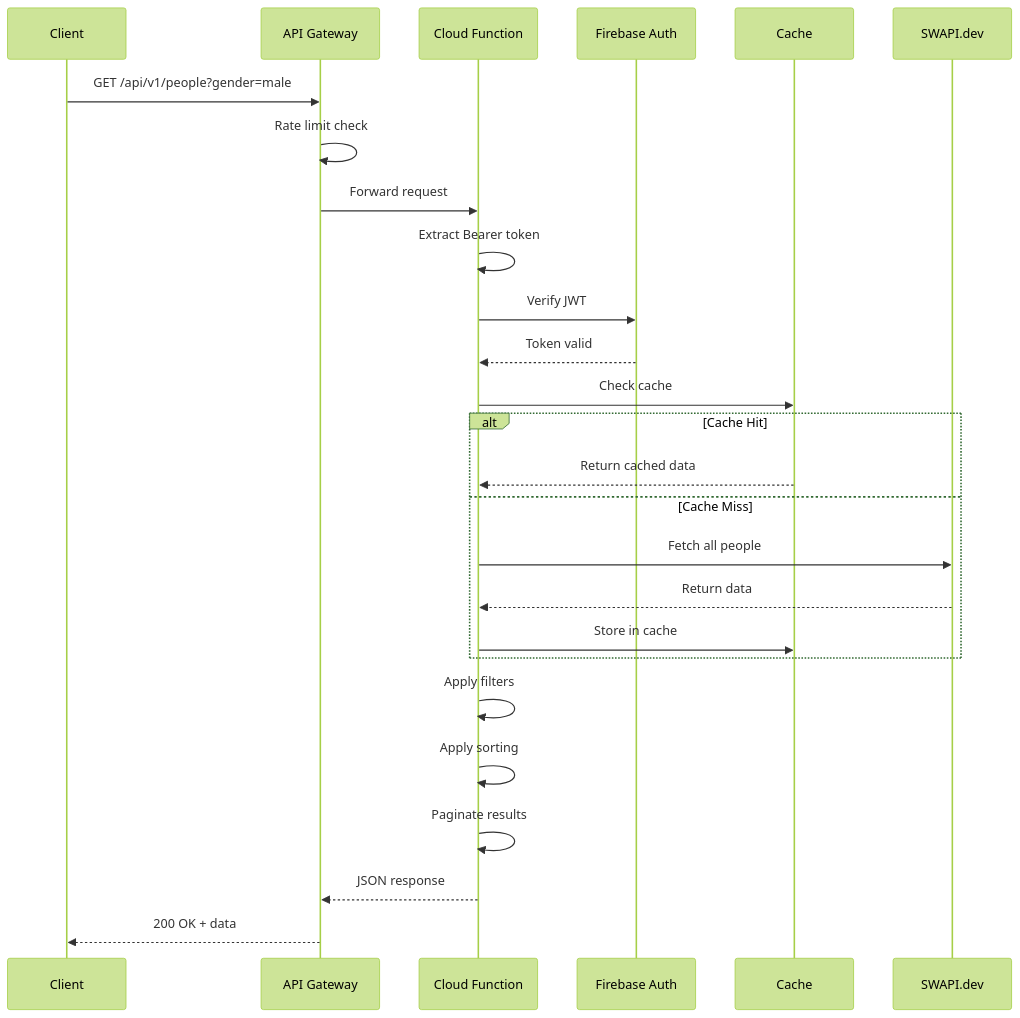
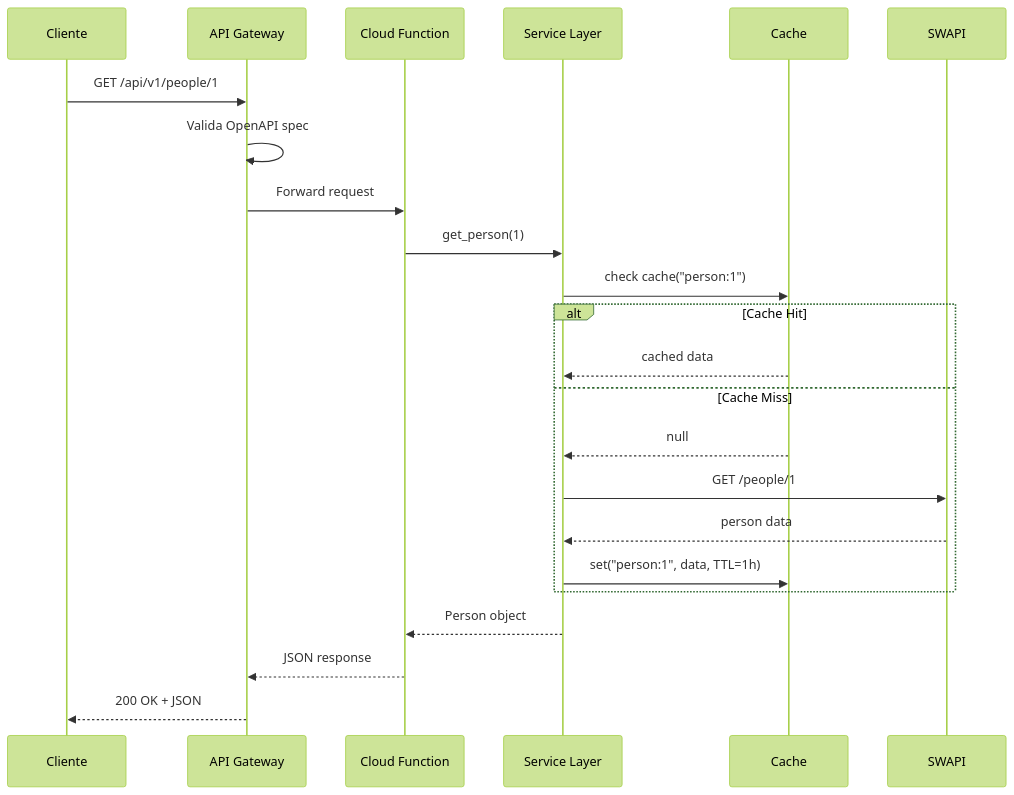
The second of 2 diagrams in docs/architecture.md (viniciuslks7/API-Starwars), drawn with Mermaid (forest theme) before and after one commit. The commit also changed other lines of this file and 7 other files, not shown here.

First line of the commit message:
docs: reorganiza e atualiza toda documentação para arquitetura Cloud Functions + API Gateway

````diff
--- a/docs/architecture.md
+++ b/docs/architecture.md
@@ -187,33 +127,28 @@
 ```mermaid
 sequenceDiagram
-    participant C as Client
-    participant GW as API Gateway
-    participant CF as Cloud Function
-    participant AUTH as Firebase Auth
-    participant CACHE as Cache
-    participant SWAPI as SWAPI.dev
+    participant C as Cliente
+    participant G as API Gateway
+    participant F as Cloud Function
+    participant S as Service Layer
+    participant CA as Cache
+    participant SW as SWAPI
 
-    C->>GW: GET /api/v1/people?gender=male
-    GW->>GW: Rate limit check
-    GW->>CF: Forward request
+    C->>G: GET /api/v1/people/1
+    G->>G: Valida OpenAPI spec
+    G->>F: Forward request
+    F->>S: get_person(1)
+    S->>CA: check cache("person:1")
     
-    CF->>CF: Extract Bearer token
-    CF->>AUTH: Verify JWT
-    AUTH-->>CF: Token valid
-    
-    CF->>CACHE: Check cache
     alt Cache Hit
-        CACHE-->>CF: Return cached data
+        CA-->>S: cached data
     else Cache Miss
-        CF->>SWAPI: Fetch all people
-        SWAPI-->>CF: Return data
-        CF->>CACHE: Store in cache
+        CA-->>S: null
+        S->>SW: GET /people/1
+        SW-->>S: person data
+        S->>CA: set("person:1", data, TTL=1h)
     end
     
-    CF->>CF: Apply filters
-    CF->>CF: Apply sorting
-    CF->>CF: Paginate results
-    
-    CF-->>GW: JSON response
-    GW-->>C: 200 OK + data
+    S-->>F: Person object
+    F-->>G: JSON response
+    G-->>C: 200 OK + JSON
 ```
````
